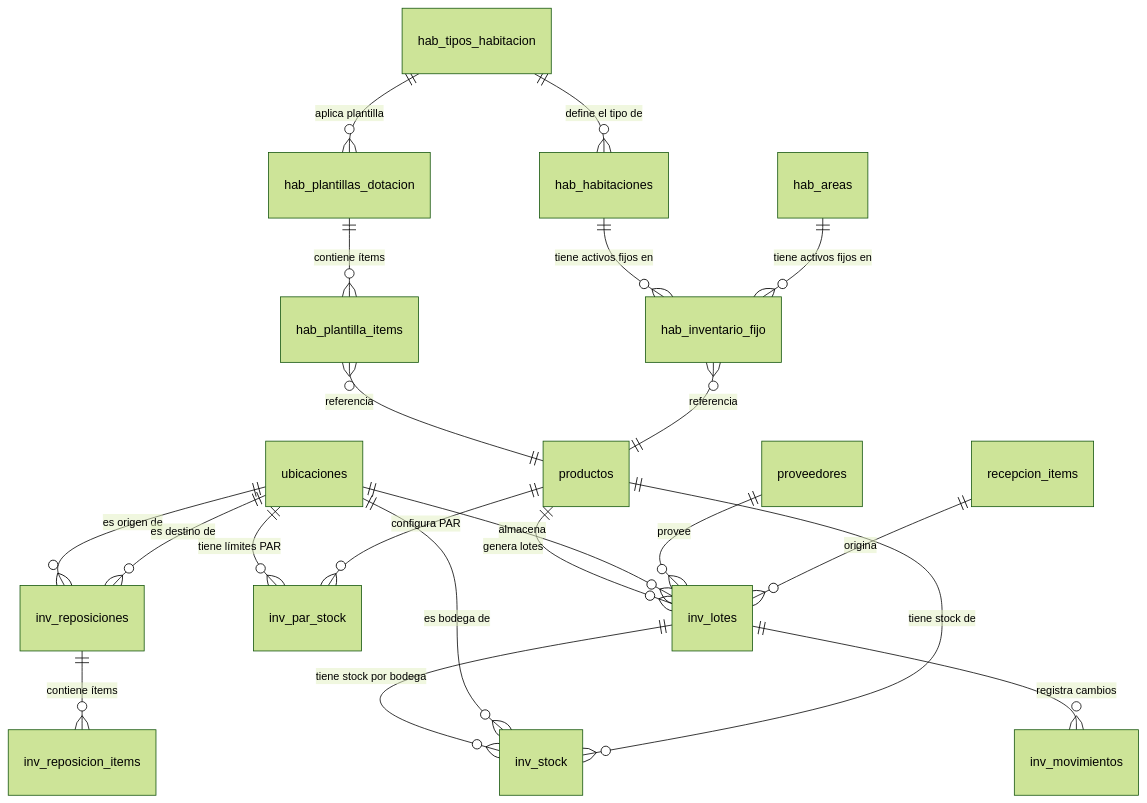
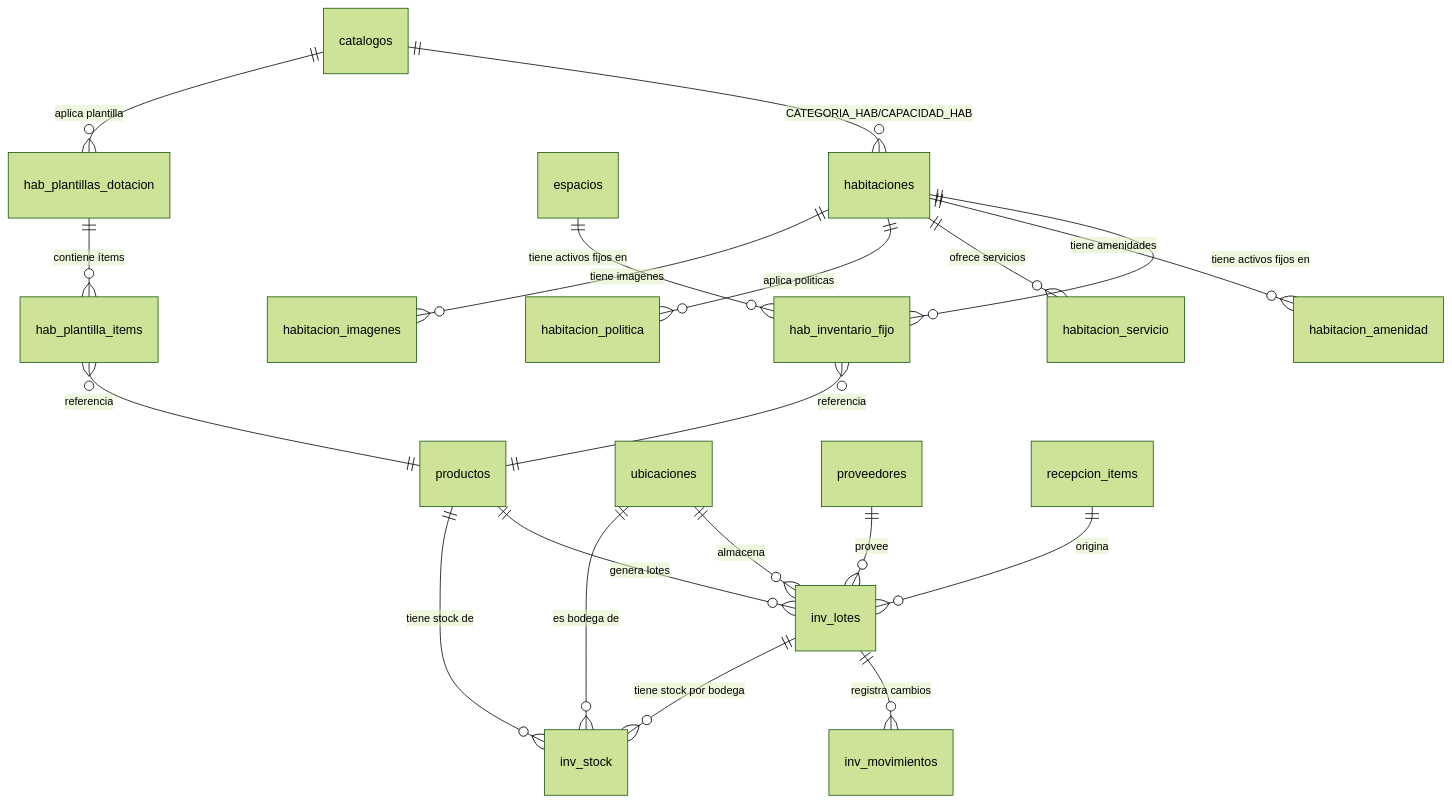
One commit to juanjose23/hotel-bugambilia changed the diagram in docs/inventario/BASE_DATOS.md. Above: the diagram before and after it, drawn with Mermaid (forest theme). The commit also changed other lines of this file and 128 other files, not shown here.

````diff
--- a/docs/inventario/BASE_DATOS.md
+++ b/docs/inventario/BASE_DATOS.md
@@ -12,27 +12,26 @@
 ```mermaid
 erDiagram
-    hab_tipos_habitacion ||--o{ hab_habitaciones : "define el tipo de"
-    hab_habitaciones     ||--o{ hab_inventario_fijo : "tiene activos fijos en"
-    hab_areas            ||--o{ hab_inventario_fijo : "tiene activos fijos en"
+    catalogos ||--o{ habitaciones : "CATEGORIA_HAB/CAPACIDAD_HAB"
+    habitaciones     ||--o{ hab_inventario_fijo : "tiene activos fijos en"
+    espacios            ||--o{ hab_inventario_fijo : "tiene activos fijos en"
     hab_plantillas_dotacion ||--o{ hab_plantilla_items : "contiene ítems"
-    hab_tipos_habitacion ||--o{ hab_plantillas_dotacion : "aplica plantilla"
+    catalogos ||--o{ hab_plantillas_dotacion : "aplica plantilla"
     hab_plantilla_items  }o--|| productos : "referencia"
     hab_inventario_fijo  }o--|| productos : "referencia"
+    habitaciones ||--o{ habitacion_amenidad : "tiene amenidades"
+    habitaciones ||--o{ habitacion_servicio : "ofrece servicios"
+    habitaciones ||--o{ habitacion_politica : "aplica politicas"
+    habitaciones ||--o{ habitacion_imagenes : "tiene imagenes"
 
     productos            ||--o{ inv_lotes : "genera lotes"
     ubicaciones          ||--o{ inv_lotes : "almacena"
     proveedores          ||--o{ inv_lotes : "provee"
     recepcion_items      ||--o{ inv_lotes : "origina"
 
     inv_lotes            ||--o{ inv_movimientos : "registra cambios"
     inv_lotes            ||--o{ inv_stock : "tiene stock por bodega"
     ubicaciones          ||--o{ inv_stock : "es bodega de"
     productos            ||--o{ inv_stock : "tiene stock de"
 
-    ubicaciones          ||--o{ inv_par_stock : "tiene límites PAR"
-    productos            ||--o{ inv_par_stock : "configura PAR"
 
-    inv_reposiciones     ||--o{ inv_reposicion_items : "contiene ítems"
-    ubicaciones          ||--o{ inv_reposiciones : "es origen de"
-    ubicaciones          ||--o{ inv_reposiciones : "es destino de"
 ```
````
